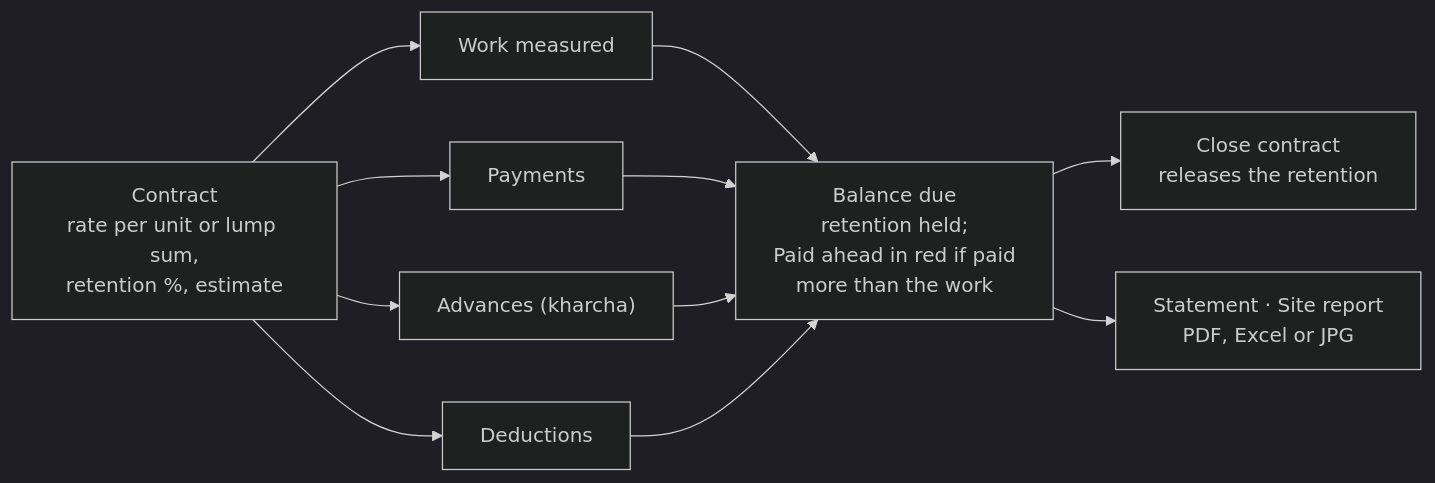
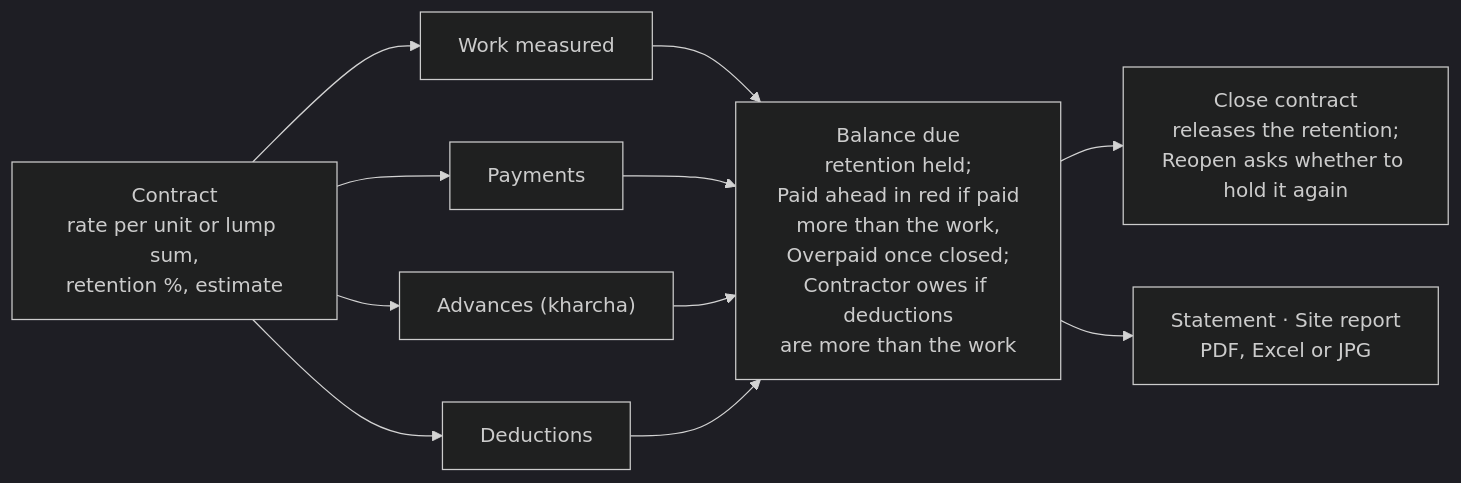
Before and after one commit to parikshit99/nirman: the fifth of 6 diagrams in docs/Nirman workflows.md, drawn with Mermaid (dark theme). The commit also changed other lines of this file and 13 other files, not shown here.

````diff
--- a/docs/Nirman workflows.md
+++ b/docs/Nirman workflows.md
@@ -139,10 +139,10 @@
 ```mermaid
 flowchart LR
   C[Contract<br/>rate per unit or lump sum,<br/>retention %, estimate] --> WM[Work measured]
   C --> PY[Payments]
   C --> AD["Advances (kharcha)"]
   C --> DD[Deductions]
-  WM & PY & AD & DD --> BAL[Balance due<br/>retention held;<br/>Paid ahead in red if paid<br/>more than the work]
-  BAL --> CL[Close contract<br/>releases the retention]
+  WM & PY & AD & DD --> BAL[Balance due<br/>retention held;<br/>Paid ahead in red if paid<br/>more than the work,<br/>Overpaid once closed;<br/>Contractor owes if deductions<br/>are more than the work]
+  BAL --> CL[Close contract<br/>releases the retention;<br/>Reopen asks whether to hold it again]
   BAL --> ST[Statement · Site report<br/>PDF, Excel or JPG]
 ```
````
